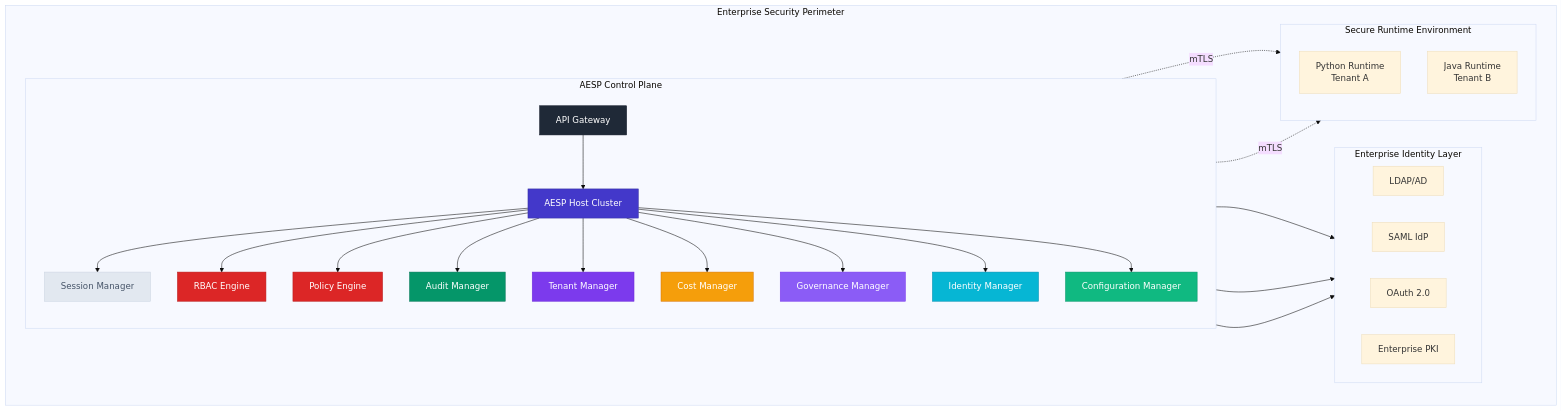
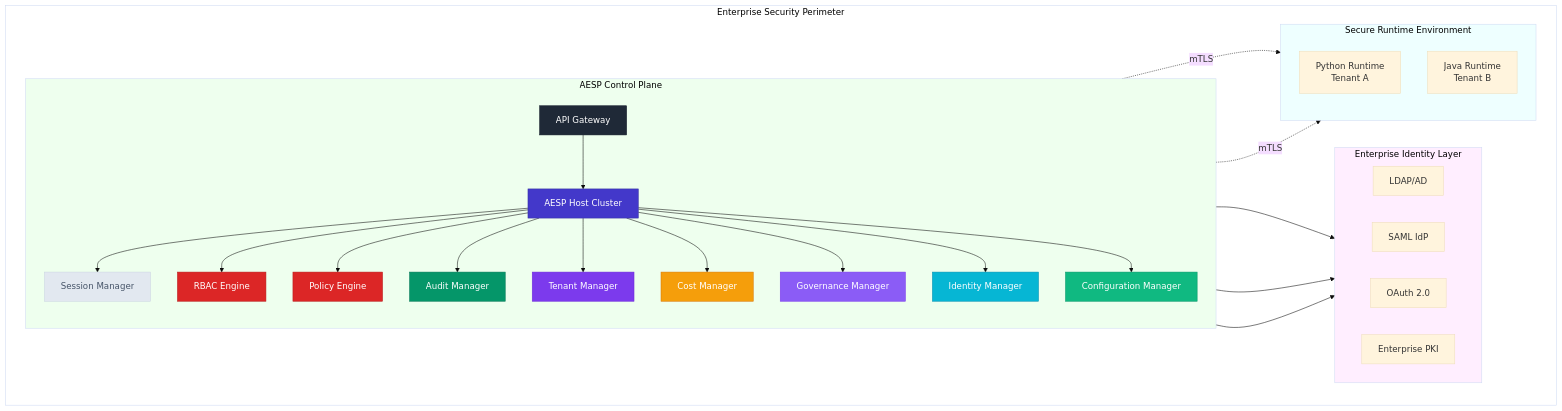
The diagram in specs/03-grid-protocol/aesp.md (nshkrdotcom/ALTAR), drawn with Mermaid (base theme) before and after one commit. The commit also changed 2 other files, not shown here.

````diff
--- a/specs/03-grid-protocol/aesp.md
+++ b/specs/03-grid-protocol/aesp.md
@@ -27,52 +27,57 @@
 ```mermaid
 graph TB
-    subgraph "Enterprise Security Perimeter"
-        subgraph "AESP Control Plane"
+    subgraph ESP["Enterprise&nbsp;Security&nbsp;Perimeter"]
+        subgraph ACP["AESP&nbsp;Control&nbsp;Plane"]
             direction TB
             GATEWAY[API Gateway]
             HOST[AESP Host Cluster]
             SM[Session Manager]
             RBAC[RBAC Engine]
             PE[Policy Engine]
             AM[Audit Manager]
             TM[Tenant Manager]
             CM[Cost Manager]
             GM[Governance Manager]
             IM[Identity Manager]
             CONFIG[Configuration Manager]
 
             style GATEWAY fill:#1f2937,stroke:#111827,color:#ffffff,fontWeight:bold
             style HOST fill:#4338ca,stroke:#3730a3,color:#ffffff,fontWeight:bold
             style SM fill:#e2e8f0,stroke:#cbd5e1,color:#475569
             style RBAC fill:#dc2626,stroke:#b91c1c,color:#ffffff
             style PE fill:#dc2626,stroke:#b91c1c,color:#ffffff
             style AM fill:#059669,stroke:#047857,color:#ffffff
             style TM fill:#7c3aed,stroke:#6d28d9,color:#ffffff
             style CM fill:#f59e0b,stroke:#d97706,color:#ffffff
             style GM fill:#8b5cf6,stroke:#7c3aed,color:#ffffff
             style IM fill:#06b6d4,stroke:#0891b2,color:#ffffff
             style CONFIG fill:#10b981,stroke:#059669,color:#ffffff
         end
         
-        subgraph "Enterprise Identity Layer"
+        subgraph EIL["Enterprise&nbsp;Identity&nbsp;Layer"]
             direction LR
             LDAP[LDAP/AD]
             SAML[SAML IdP]
             OAUTH[OAuth 2.0]
             PKI[Enterprise PKI]
         end
         
-        subgraph "Secure Runtime Environment"
+        subgraph SRE["Secure&nbsp;Runtime&nbsp;Environment"]
             direction TB
             RT1[Python Runtime<br/>Tenant A]
             RT2[Java Runtime<br/>Tenant B]
         end
     end
     
     %% Connections
     GATEWAY --> HOST
     HOST --> SM & RBAC & PE & AM & TM & CM & GM & IM & CONFIG
     RBAC --> LDAP & SAML & OAUTH
     HOST -.->|mTLS| RT1
     HOST -.->|mTLS| RT2
+    style ESP fill: #fff, color: #000
+    style ACP fill: #efe, color: #000
+    style EIL fill: #fef, color: #000
+    style SRE fill: #eff, color: #000
+
 ```
````
